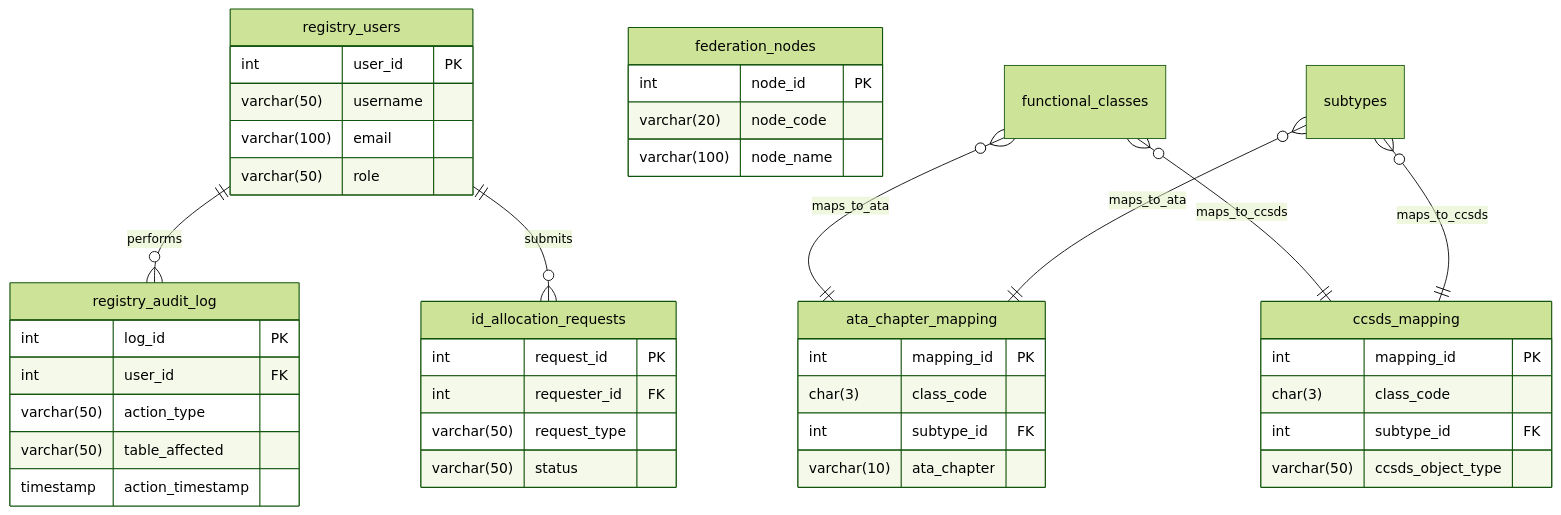
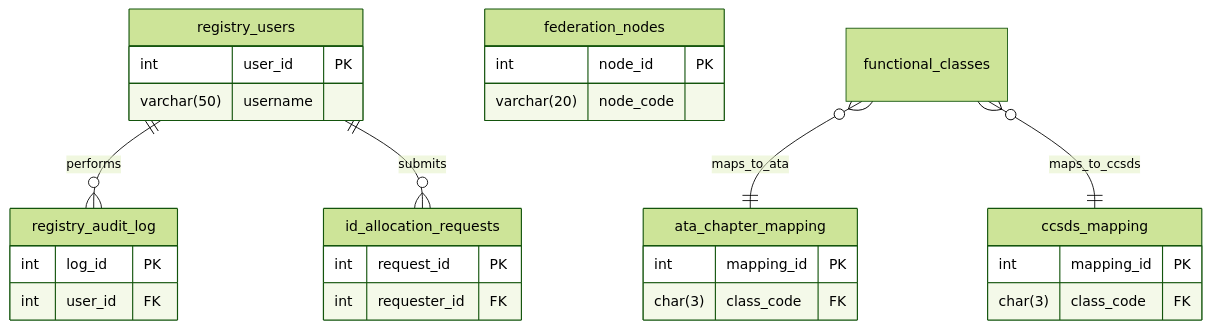
The fifth of 5 diagrams in README.md (ampel360/Robbbo-T), drawn with Mermaid (forest theme) before and after one commit. The commit also changed other lines of this file, not shown here.

````diff
--- a/README.md
+++ b/README.md
@@ -1505,52 +2002,32 @@
 ```mermaid
 erDiagram
     registry_users {
         int user_id PK
         varchar(50) username
-        varchar(100) email
-        varchar(50) role
     }
-
     registry_audit_log {
         int log_id PK
         int user_id FK
-        varchar(50) action_type
-        varchar(50) table_affected
-        timestamp action_timestamp
     }
-
     id_allocation_requests {
         int request_id PK
         int requester_id FK
-        varchar(50) request_type
-        varchar(50) status
     }
-
     ata_chapter_mapping {
         int mapping_id PK
-        char(3) class_code
-        int subtype_id FK
-        varchar(10) ata_chapter
+        char(3) class_code FK
     }
-
     ccsds_mapping {
         int mapping_id PK
-        char(3) class_code
-        int subtype_id FK
-        varchar(50) ccsds_object_type
+        char(3) class_code FK
     }
-
     federation_nodes {
         int node_id PK
         varchar(20) node_code
-        varchar(100) node_name
     }
 
     registry_users ||--o{ registry_audit_log : "performs"
     registry_users ||--o{ id_allocation_requests : "submits"
     functional_classes }o--|| ata_chapter_mapping : "maps_to_ata"
-    subtypes }o--|| ata_chapter_mapping : "maps_to_ata"
     functional_classes }o--|| ccsds_mapping : "maps_to_ccsds"
-    subtypes }o--|| ccsds_mapping : "maps_to_ccsds"
-
 ```
````
